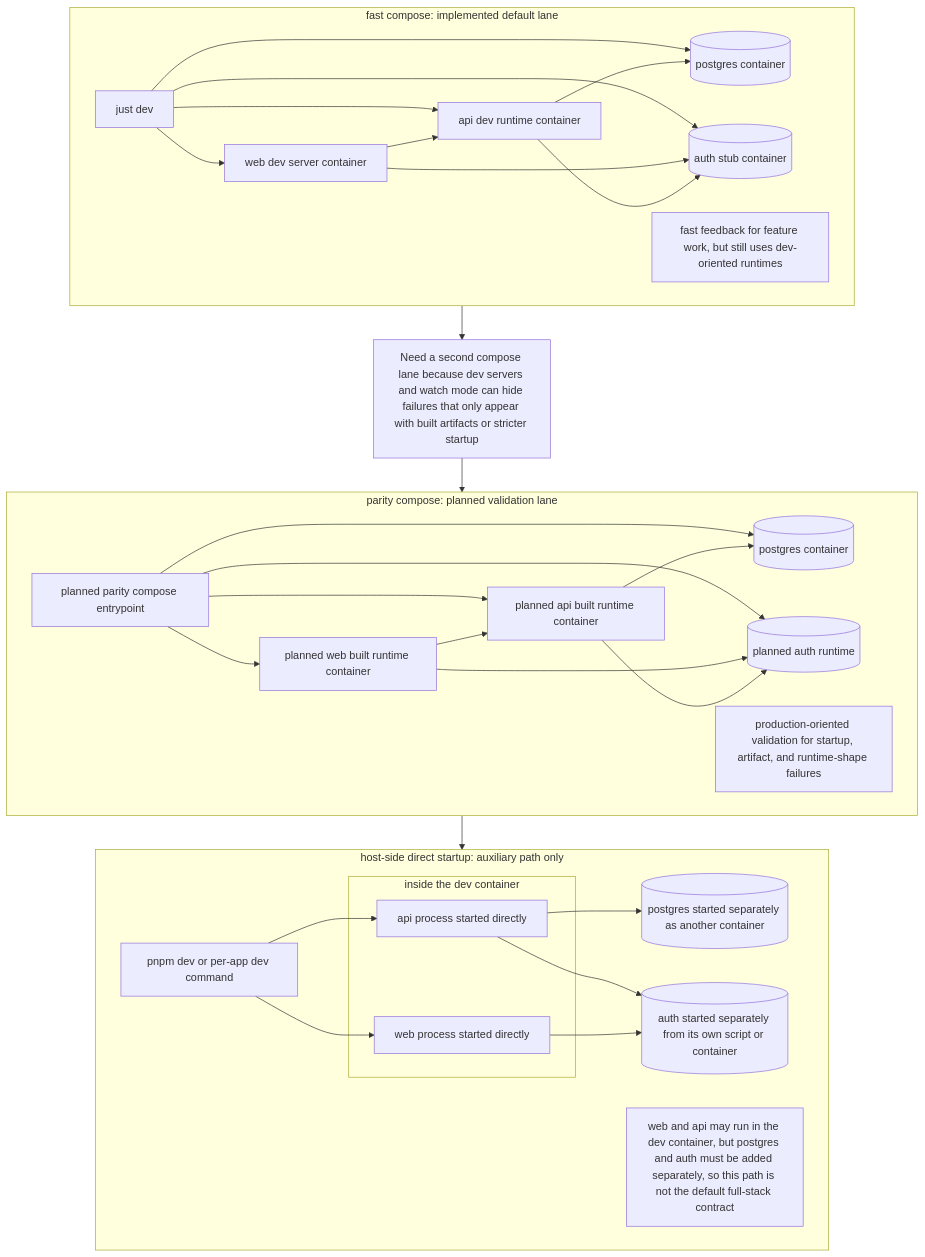
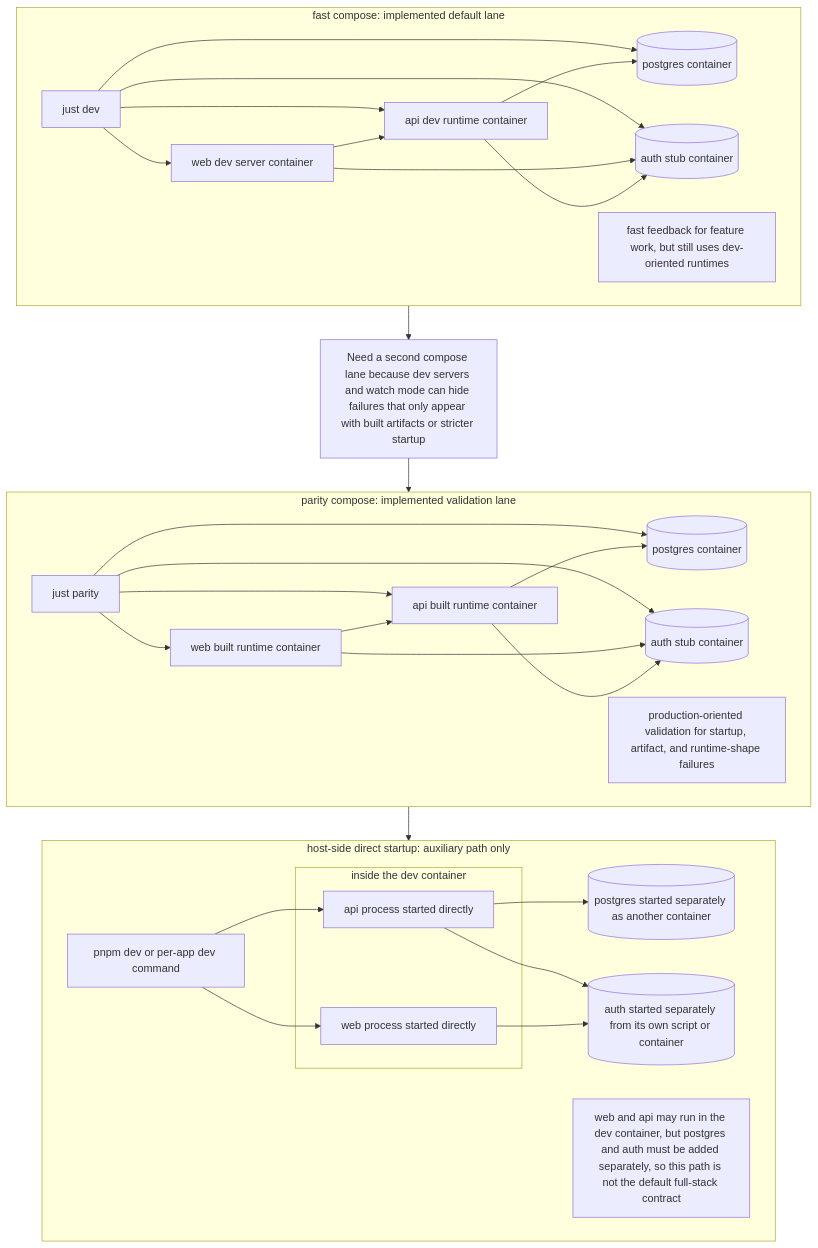
Before and after one commit to focusbuddy-dev/focusbuddy: the diagram in docs/platform/local-execution-modes.md, drawn with Mermaid. The commit also changed other lines of this file and 9 other files, not shown here.

Commit message:
feat: add parity compose validation path refs #112

````diff
--- a/docs/platform/local-execution-modes.md
+++ b/docs/platform/local-execution-modes.md
@@ -65,60 +66,60 @@
 ```mermaid
 flowchart TB
     subgraph FC[fast compose: implemented default lane]
         FC_ENTRY[just dev]
         FC_WEB[web dev server container]
         FC_API[api dev runtime container]
         FC_DB[(postgres container)]
         FC_AUTH[(auth stub container)]
         FC_ENTRY --> FC_WEB
         FC_ENTRY --> FC_API
         FC_ENTRY --> FC_DB
         FC_ENTRY --> FC_AUTH
         FC_WEB --> FC_API
         FC_API --> FC_DB
         FC_WEB --> FC_AUTH
         FC_API --> FC_AUTH
         FC_NOTE[fast feedback for feature work, but still uses dev-oriented runtimes]
     end
 
     FC --> GAP
 
     GAP[Need a second compose lane because dev servers and watch mode can hide failures that only appear with built artifacts or stricter startup]
 
     GAP --> PC
 
-    subgraph PC[parity compose: planned validation lane]
-        PC_ENTRY[planned parity compose entrypoint]
-        PC_WEB[planned web built runtime container]
-        PC_API[planned api built runtime container]
+    subgraph PC[parity compose: implemented validation lane]
+        PC_ENTRY[just parity]
+        PC_WEB[web built runtime container]
+        PC_API[api built runtime container]
         PC_DB[(postgres container)]
-        PC_AUTH[(planned auth runtime)]
+        PC_AUTH[(auth stub container)]
         PC_ENTRY --> PC_WEB
         PC_ENTRY --> PC_API
         PC_ENTRY --> PC_DB
         PC_ENTRY --> PC_AUTH
         PC_WEB --> PC_API
         PC_API --> PC_DB
         PC_WEB --> PC_AUTH
         PC_API --> PC_AUTH
         PC_NOTE[production-oriented validation for startup, artifact, and runtime-shape failures]
     end
 
     PC --> HS
 
     subgraph HS[host-side direct startup: auxiliary path only]
         HS_ENTRY[pnpm dev or per-app dev command]
         subgraph HS_DEV[inside the dev container]
             HS_WEB[web process started directly]
             HS_API[api process started directly]
         end
         HS_DB[(postgres started separately as another container)]
         HS_AUTH[(auth started separately from its own script or container)]
         HS_ENTRY --> HS_WEB
         HS_ENTRY --> HS_API
         HS_API --> HS_DB
         HS_WEB --> HS_AUTH
         HS_API --> HS_AUTH
         HS_NOTE[web and api may run in the dev container, but postgres and auth must be added separately, so this path is not the default full-stack contract]
     end
 ```
````
